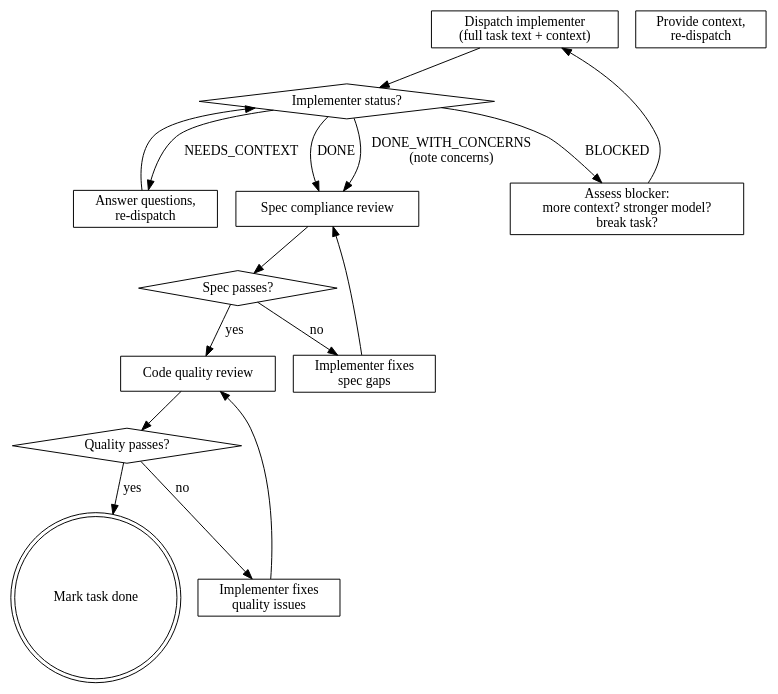
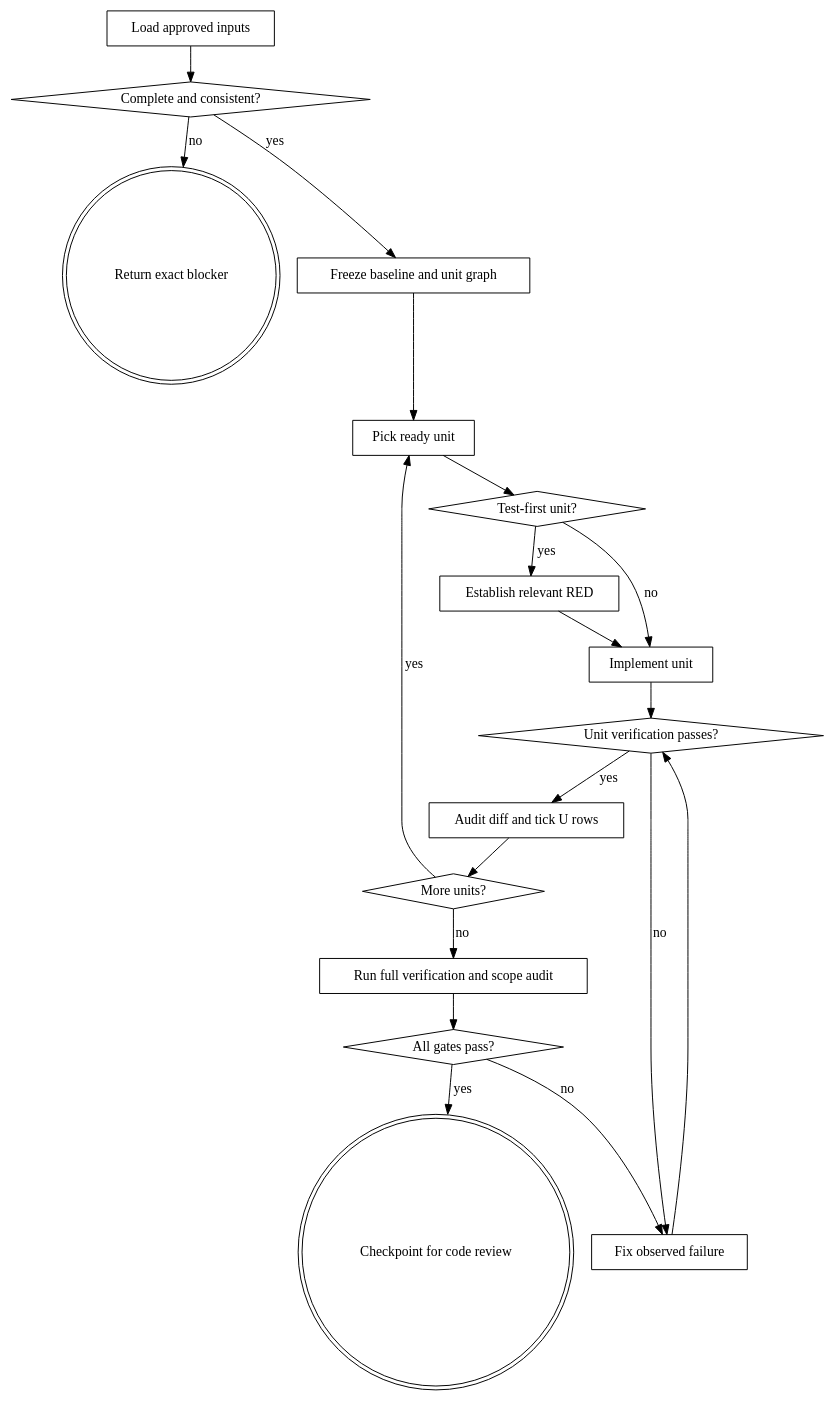
The diagram in wayne-work/SKILL.md (waynejing995/wayne-taste), drawn with Graphviz before and after one commit. The commit also changed other lines of this file and 26 other files, not shown here.

First line of the commit message:
feat:/wayne-work - slim plan execution gates

````diff
--- a/wayne-work/SKILL.md
+++ b/wayne-work/SKILL.md
@@ -249,33 +22,39 @@
 ```dot
-digraph task_cycle {
+digraph work {
     rankdir=TB;
-    "Dispatch implementer\n(full task text + context)" [shape=box];
-    "Implementer status?" [shape=diamond];
-    "Answer questions,\nre-dispatch" [shape=box];
-    "Provide context,\nre-dispatch" [shape=box];
-    "Assess blocker:\nmore context? stronger model?\nbreak task?" [shape=box];
-    "Spec compliance review" [shape=box];
-    "Spec passes?" [shape=diamond];
-    "Implementer fixes\nspec gaps" [shape=box];
-    "Code quality review" [shape=box];
-    "Quality passes?" [shape=diamond];
-    "Implementer fixes\nquality issues" [shape=box];
-    "Mark task done" [shape=doublecircle];
+    A [label="Load approved inputs", shape=box];
+    B [label="Complete and consistent?", shape=diamond];
+    X [label="Return exact blocker", shape=doublecircle];
+    C [label="Freeze baseline and unit graph", shape=box];
+    D [label="Pick ready unit", shape=box];
+    E [label="Test-first unit?", shape=diamond];
+    R [label="Establish relevant RED", shape=box];
+    F [label="Implement unit", shape=box];
+    G [label="Unit verification passes?", shape=diamond];
+    T [label="Fix observed failure", shape=box];
+    H [label="Audit diff and tick U rows", shape=box];
+    I [label="More units?", shape=diamond];
+    J [label="Run full verification and scope audit", shape=box];
+    K [label="All gates pass?", shape=diamond];
+    L [label="Checkpoint for code review", shape=doublecircle];
 
-    "Dispatch implementer\n(full task text + context)" -> "Implementer status?";
-    "Implementer status?" -> "Spec compliance review" [label="DONE"];
-    "Implementer status?" -> "Spec compliance review" [label="DONE_WITH_CONCERNS\n(note concerns)"];
-    "Implementer status?" -> "Answer questions,\nre-dispatch" [label="NEEDS_CONTEXT"];
-    "Implementer status?" -> "Assess blocker:\nmore context? stronger model?\nbreak task?" [label="BLOCKED"];
-    "Answer questions,\nre-dispatch" -> "Implementer status?";
-    "Assess blocker:\nmore context? stronger model?\nbreak task?" -> "Dispatch implementer\n(full task text + context)";
-    "Spec compliance review" -> "Spec passes?";
-    "Spec passes?" -> "Code quality review" [label="yes"];
-    "Spec passes?" -> "Implementer fixes\nspec gaps" [label="no"];
-    "Implementer fixes\nspec gaps" -> "Spec compliance review";
-    "Code quality review" -> "Quality passes?";
-    "Quality passes?" -> "Mark task done" [label="yes"];
-    "Quality passes?" -> "Implementer fixes\nquality issues" [label="no"];
-    "Implementer fixes\nquality issues" -> "Code quality review";
+    A -> B;
+    B -> X [label="no"];
+    B -> C [label="yes"];
+    C -> D;
+    D -> E;
+    E -> R [label="yes"];
+    E -> F [label="no"];
+    R -> F;
+    F -> G;
+    G -> T [label="no"];
+    T -> G;
+    G -> H [label="yes"];
+    H -> I;
+    I -> D [label="yes"];
+    I -> J [label="no"];
+    J -> K;
+    K -> T [label="no"];
+    K -> L [label="yes"];
 }
 ```
````
